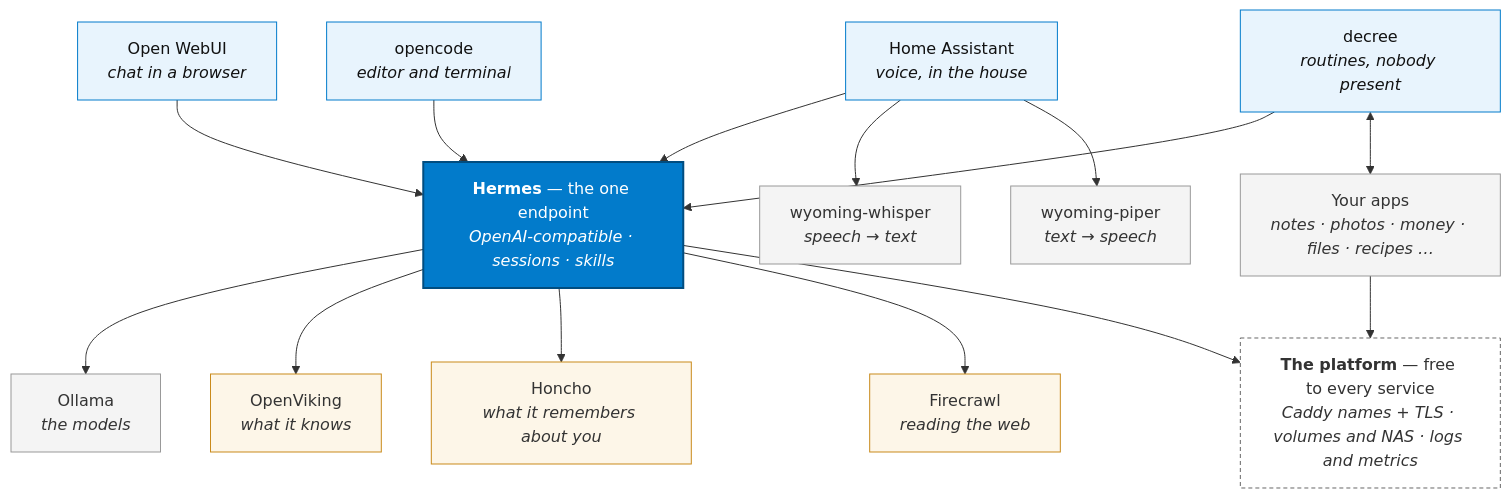
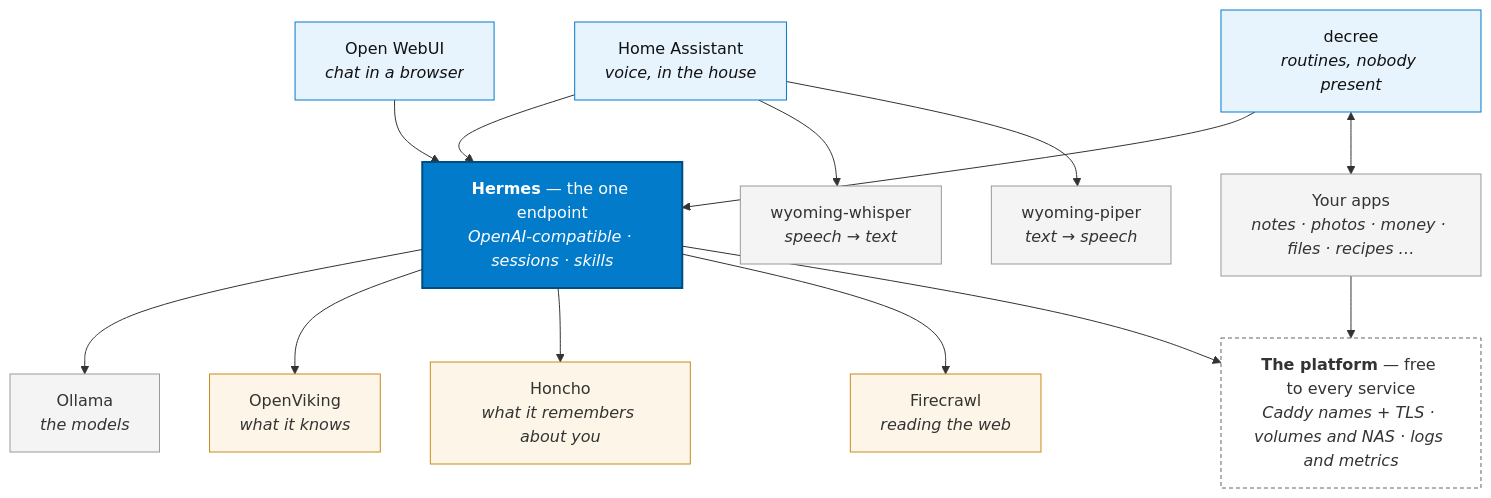
One commit to jtmckay/existential changed the diagram in site/docs/how-it-works.md. Above: the diagram before and after it, drawn with Mermaid. The commit also changed other lines of this file and 12 other files, not shown here.

````diff
--- a/site/docs/how-it-works.md
+++ b/site/docs/how-it-works.md
@@ -18,44 +18,42 @@
 ```mermaid
 flowchart TB
     ha["Home Assistant<br/><i>voice, in the house</i>"]
     owui["Open WebUI<br/><i>chat in a browser</i>"]
-    oc["opencode<br/><i>editor and terminal</i>"]
     dec["decree<br/><i>routines, nobody present</i>"]
 
     hermes["<b>Hermes</b> — the one endpoint<br/><i>OpenAI-compatible · sessions · skills</i>"]
     ollama["Ollama<br/><i>the models</i>"]
     stt["wyoming-whisper<br/><i>speech → text</i>"]
     tts["wyoming-piper<br/><i>text → speech</i>"]
 
     viking["OpenViking<br/><i>what it knows</i>"]
     honcho["Honcho<br/><i>what it remembers about you</i>"]
     craw["Firecrawl<br/><i>reading the web</i>"]
 
     apps["Your apps<br/><i>notes · photos · money · files · recipes …</i>"]
     platform["<b>The platform</b> — free to every service<br/><i>Caddy names + TLS · volumes and NAS · logs and metrics</i>"]
 
     ha --> hermes
     owui --> hermes
-    oc --> hermes
     dec --> hermes
     ha --> stt
     ha --> tts
     hermes --> ollama
     hermes --> viking
     hermes --> honcho
     hermes --> craw
     dec <--> apps
     hermes --> platform
     apps --> platform
 
     classDef surface fill:#e8f4fd,stroke:#027bcb,color:#111
     classDef gateway fill:#027bcb,stroke:#014d80,stroke-width:2px,color:#fff
     classDef model fill:#f4f4f4,stroke:#999,color:#333
     classDef base fill:#fff,stroke:#666,stroke-dasharray:4 3,color:#333
     classDef reach fill:#fdf6e8,stroke:#c98a1b,color:#333
-    class ha,owui,oc,dec surface
+    class ha,owui,dec surface
     class hermes gateway
     class ollama,stt,tts,apps model
     class viking,honcho,craw reach
     class platform base
 ```
````
